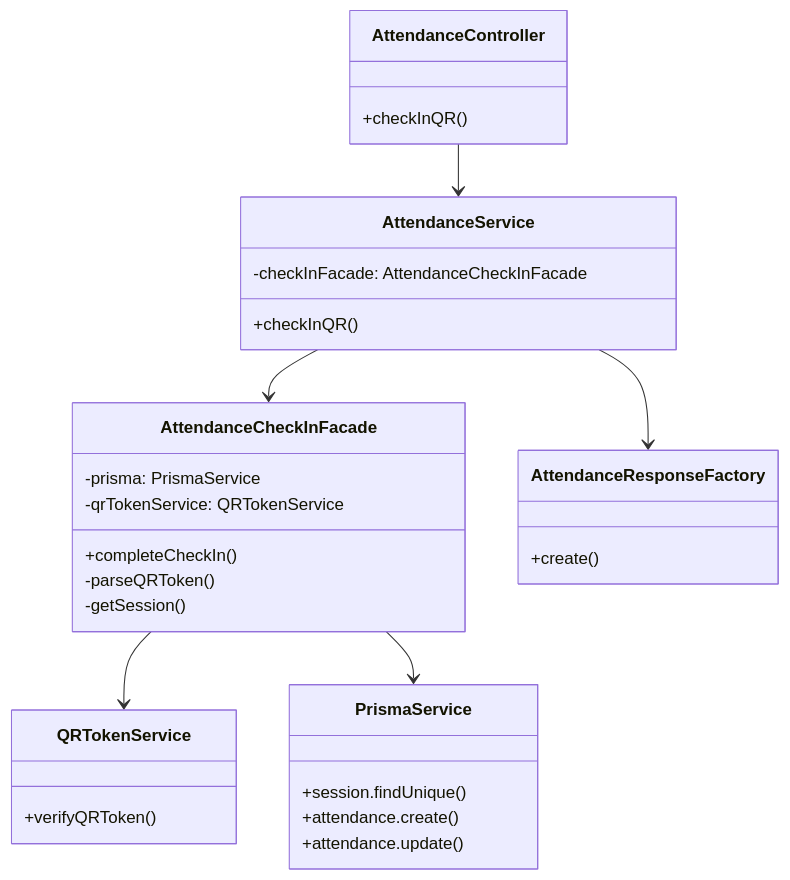
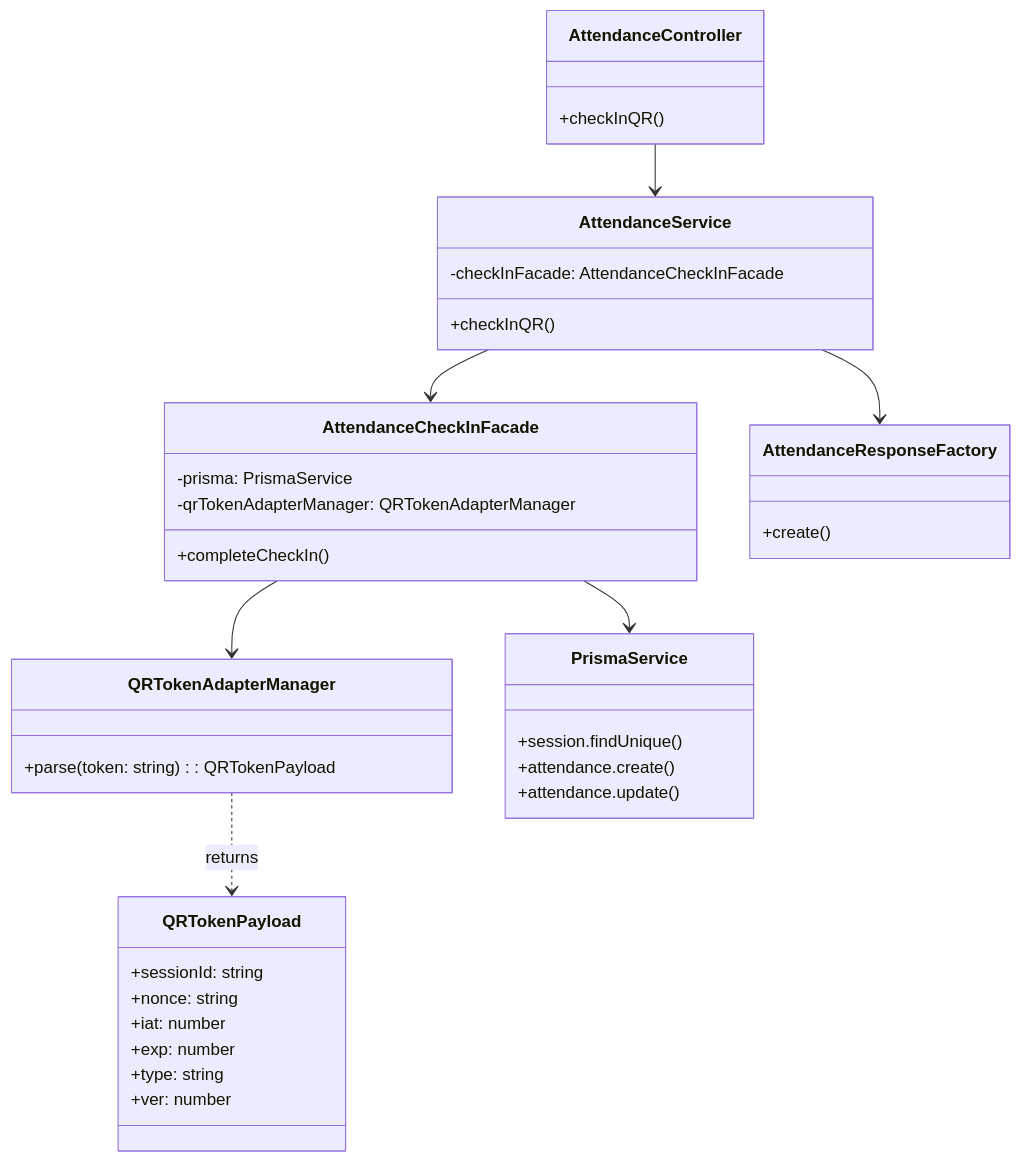
The diagram in docs/DesignPatterns/01-FACADE.md (iannwendy/QRAttendanceCheckin), drawn with Mermaid before and after one commit. The commit also changed 8 other files, not shown here.

First line of the commit message:
fix: correct classDiagram syntax and relationships across all 9 Design Pattern docs

````diff
--- a/docs/DesignPatterns/01-FACADE.md
+++ b/docs/DesignPatterns/01-FACADE.md
@@ -332,39 +332,47 @@
 ```mermaid
 classDiagram
     class AttendanceController {
         +checkInQR()
     }
 
     class AttendanceService {
         -checkInFacade: AttendanceCheckInFacade
         +checkInQR()
     }
 
     class AttendanceCheckInFacade {
         -prisma: PrismaService
-        -qrTokenService: QRTokenService
+        -qrTokenAdapterManager: QRTokenAdapterManager
         +completeCheckIn()
-        -parseQRToken()
-        -getSession()
     }
 
-    class QRTokenService {
-        +verifyQRToken()
+    class QRTokenAdapterManager {
+        +parse(token: string): QRTokenPayload
+    }
+
+    class QRTokenPayload {
+        +sessionId: string
+        +nonce: string
+        +iat: number
+        +exp: number
+        +type: string
+        +ver: number
     }
 
     class PrismaService {
         +session.findUnique()
         +attendance.create()
         +attendance.update()
     }
 
     class AttendanceResponseFactory {
         +create()
     }
 
     AttendanceController --> AttendanceService
     AttendanceService --> AttendanceCheckInFacade
-    AttendanceCheckInFacade --> QRTokenService
+    AttendanceCheckInFacade --> QRTokenAdapterManager
     AttendanceCheckInFacade --> PrismaService
     AttendanceService --> AttendanceResponseFactory
+    QRTokenAdapterManager ..> QRTokenPayload : returns
 ```
````
